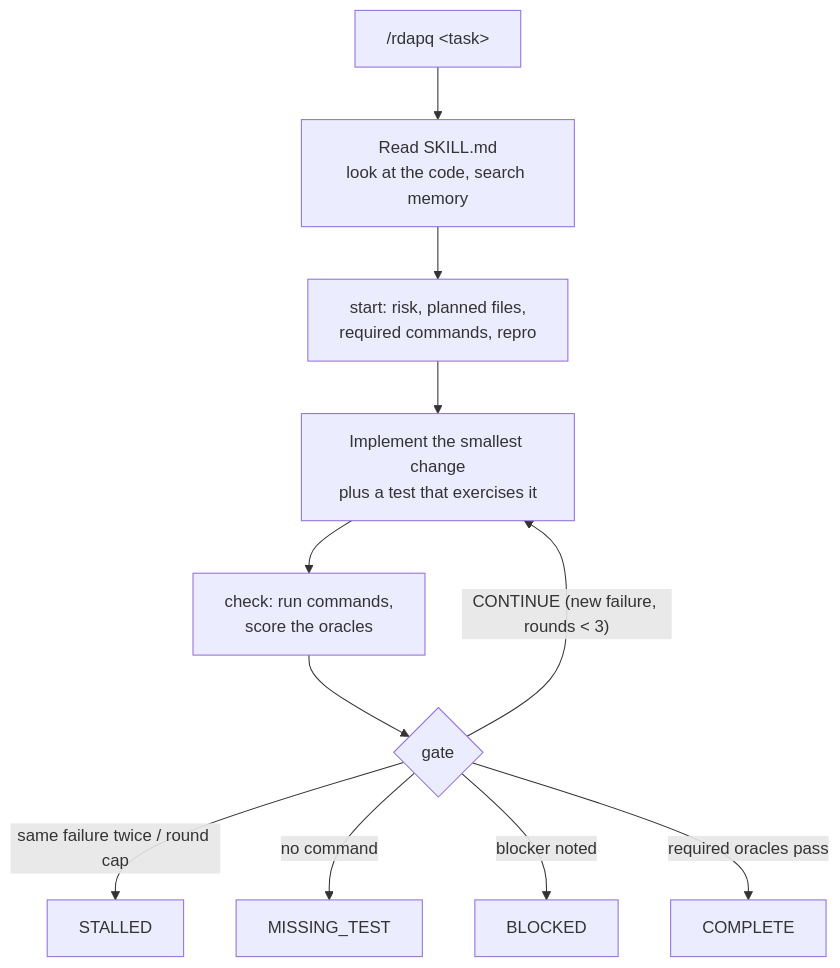
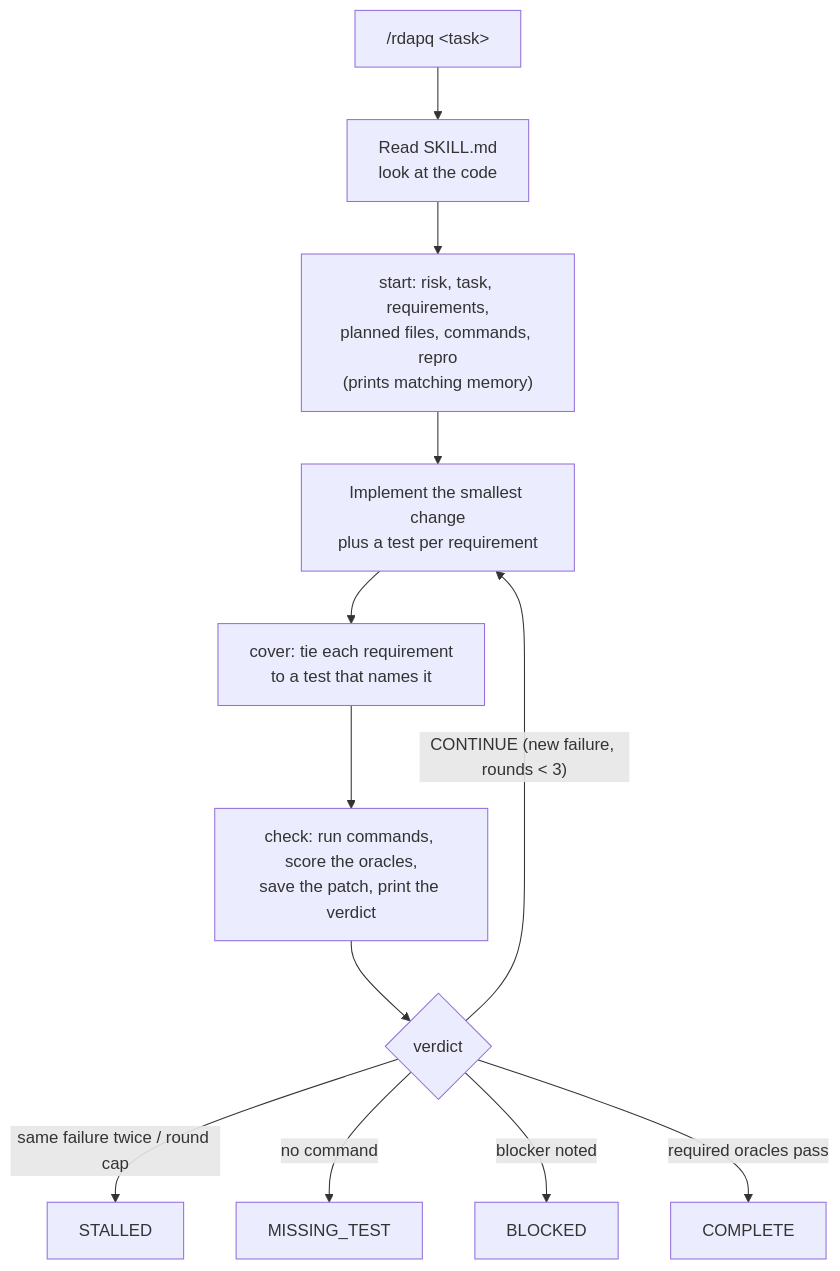
The diagram in README.md (actviteai/rdapq), drawn with Mermaid before and after one commit. The commit also changed other lines of this file and 27 other files, not shown here.

````diff
--- a/README.md
+++ b/README.md
@@ -69,13 +70,14 @@
 ```mermaid
 flowchart TD
-    A["/rdapq &lt;task&gt;"] --> B["Read SKILL.md<br/>look at the code, search memory"]
-    B --> C["start: risk, planned files,<br/>required commands, repro"]
-    C --> D["Implement the smallest change<br/>plus a test that exercises it"]
-    D --> E["check: run commands,<br/>score the oracles"]
-    E --> F{"gate"}
+    A["/rdapq &lt;task&gt;"] --> B["Read SKILL.md<br/>look at the code"]
+    B --> C["start: risk, task, requirements,<br/>planned files, commands, repro<br/>(prints matching memory)"]
+    C --> D["Implement the smallest change<br/>plus a test per requirement"]
+    D --> D2["cover: tie each requirement<br/>to a test that names it"]
+    D2 --> E["check: run commands, score the oracles,<br/>save the patch, print the verdict"]
+    E --> F{"verdict"}
     F -- "CONTINUE (new failure, rounds &lt; 3)" --> D
     F -- "same failure twice / round cap" --> G["STALLED"]
     F -- "no command" --> H["MISSING_TEST"]
     F -- "blocker noted" --> I["BLOCKED"]
     F -- "required oracles pass" --> J["COMPLETE"]
 ```
````
